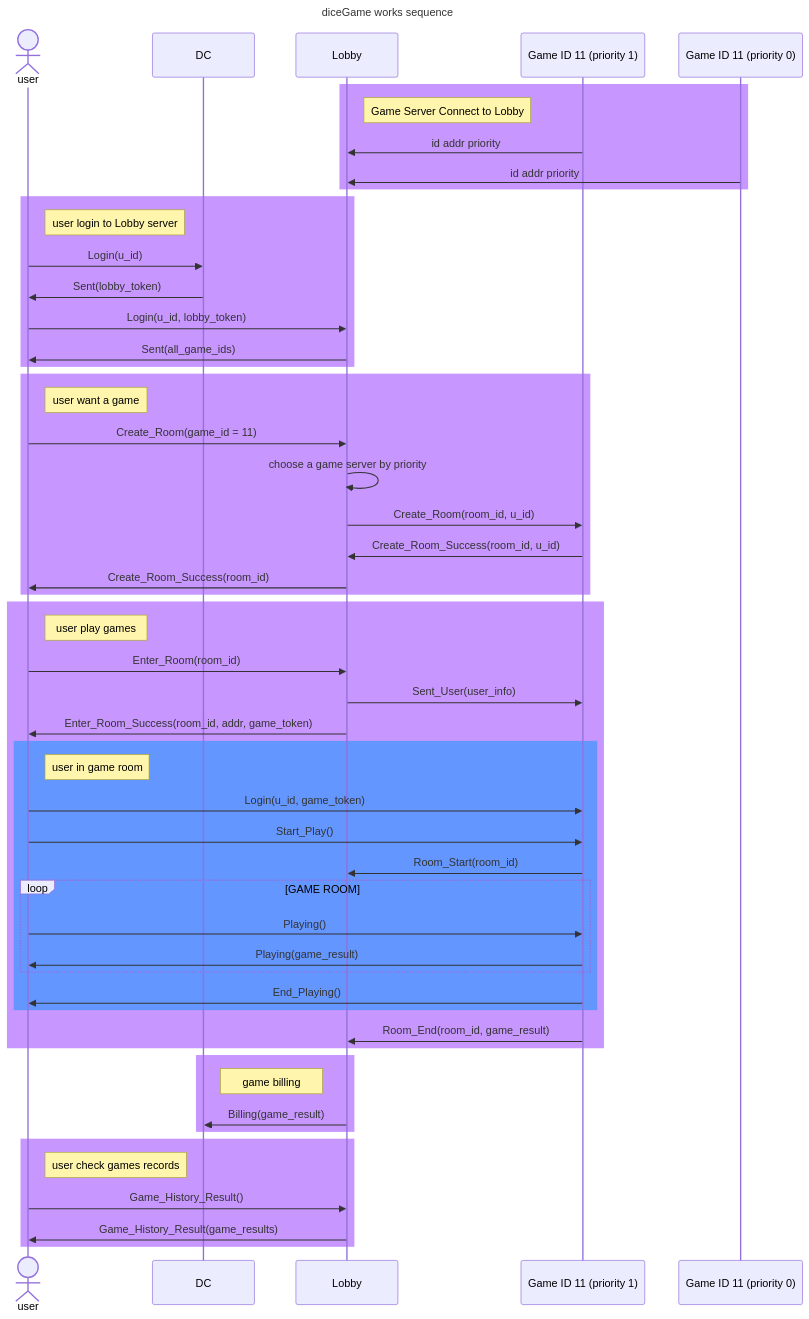
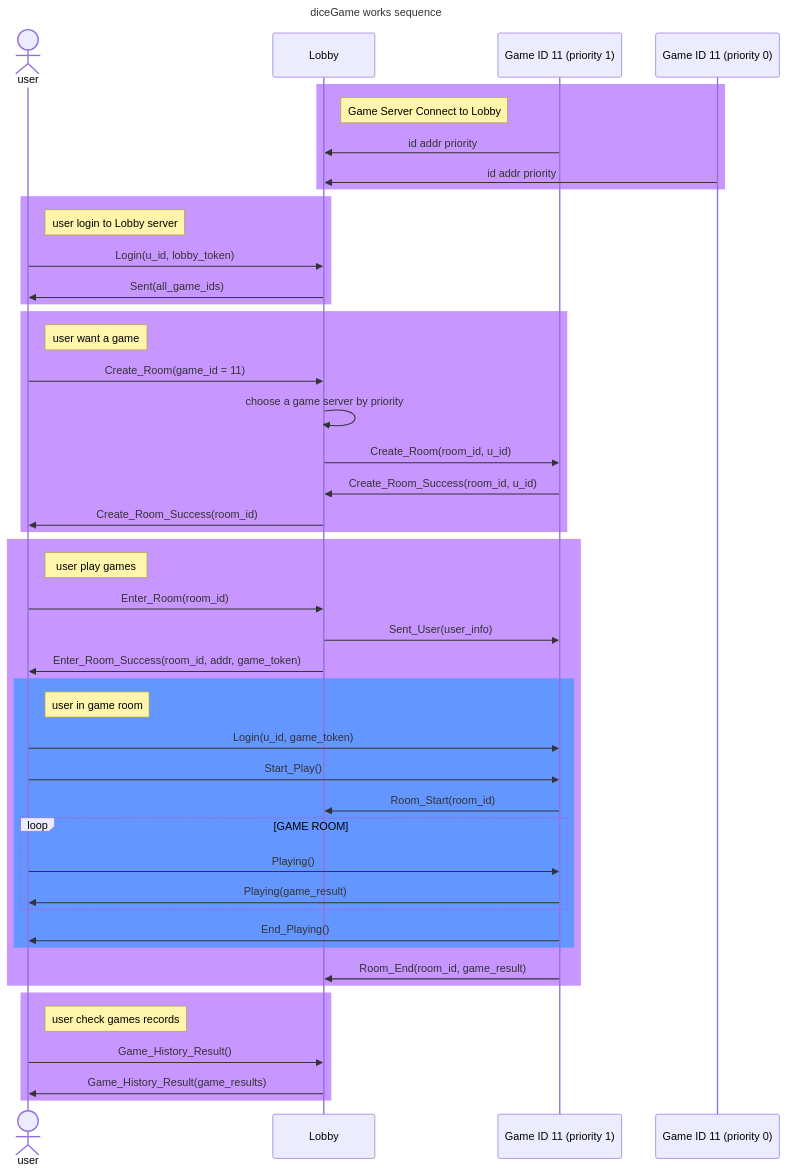
The second of 2 diagrams in README.md (Junyang-Liu/diceGame), drawn with Mermaid before and after one commit. The commit also changed other lines of this file and 7 other files, not shown here.

````diff
--- a/README.md
+++ b/README.md
@@ -143,63 +176,63 @@
 ```mermaid
 ---
 title: diceGame works sequence
 ---
 sequenceDiagram
     actor U as user
-    participant D as DC
+    %% participant D as DC
     participant L as Lobby
     participant G as Game ID 11 (priority 1)
     participant GL as Game ID 11 (priority 0)
 
     rect rgb(200, 150, 255)
         note right of L: Game Server Connect to Lobby
         G->>L: id addr priority
         GL->>L: id addr priority
     end
 
     rect rgb(200, 150, 255)
         note right of U: user login to Lobby server
-        U->>D: Login(u_id)
-        D->>U: Sent(lobby_token)
+        %% U->>D: Login(u_id)
+        %% D->>U: Sent(lobby_token)
         U->>L: Login(u_id, lobby_token)
         L->>U: Sent(all_game_ids)
     end
 
     rect rgb(200, 150, 255)
         note right of U: user want a game
         U->>L: Create_Room(game_id = 11)
         L->>L: choose a game server by priority
         L->>G: Create_Room(room_id, u_id)
         G->>L: Create_Room_Success(room_id, u_id)
         L->>U: Create_Room_Success(room_id)
     end
 
     rect rgb(200, 150, 255)
         note right of U: user play games
         U->>L: Enter_Room(room_id)
         L->>G: Sent_User(user_info)
         L->>U: Enter_Room_Success(room_id, addr, game_token)
 
         rect rgb(100, 150, 255)
             note right of U: user in game room
             U->>G: Login(u_id, game_token)
             U->>G: Start_Play()
             G->>L: Room_Start(room_id)
             loop GAME ROOM
                 U->>G: Playing()
                 G->>U: Playing(game_result)
             end
             G->>U: End_Playing()
         end
         G->>L: Room_End(room_id, game_result)
     end
-    rect rgb(200, 150, 255)
-        note right of D: game billing
-        L->>D: Billing(game_result)
-    end
+    %% rect rgb(200, 150, 255)
+    %%     note right of D: game billing
+    %%     L->>D: Billing(game_result)
+    %% end
     rect rgb(200, 150, 255)
         note right of U: user check games records
         U->>L: Game_History_Result()
         L->>U: Game_History_Result(game_results)
     end
 ```
````
